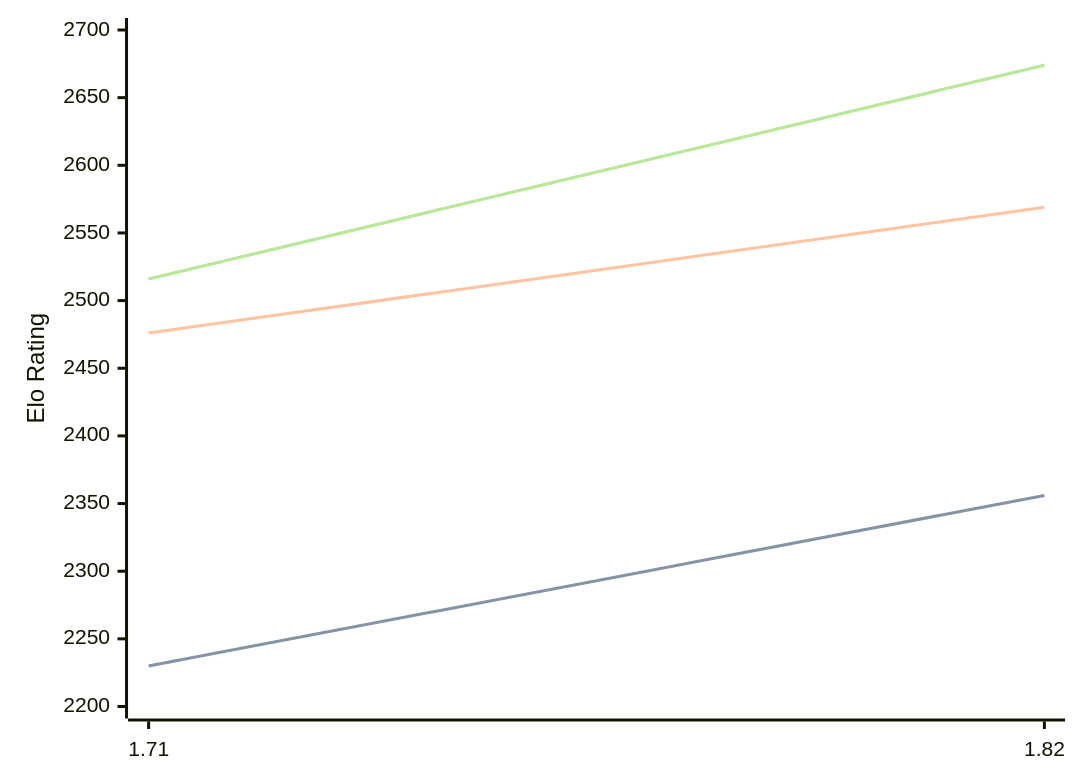
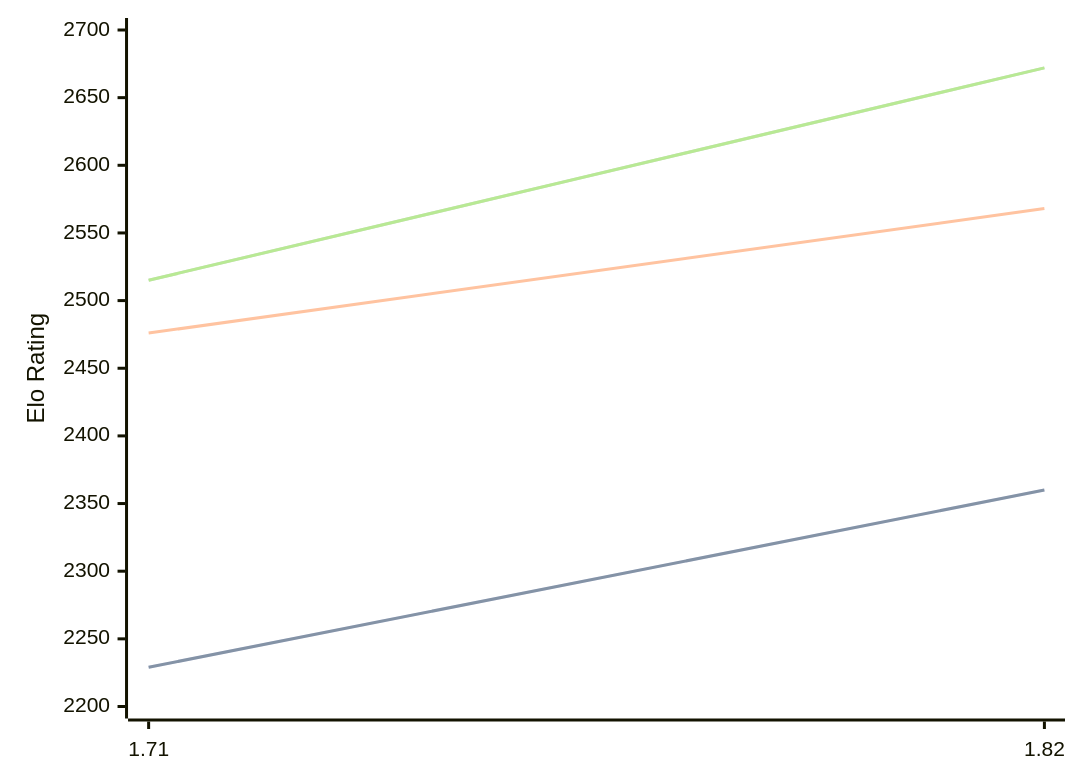
The diagram in engines/Amira.md (computer-chess-index/cci), drawn with Mermaid before and after one commit. The commit also changed other lines of this file, not shown here.

Commit message:
Update CCI Ratings (ELO VLTC) - 2026-03-15

````diff
--- a/engines/Amira.md
+++ b/engines/Amira.md
@@ -33,11 +33,11 @@
 ```mermaid
 %%{init: {"theme":"base","themeVariables":{"seriesColors:['#a3a3a3','#222221','#faa371']}}}%%
 xychart-beta
   x-axis ["1.71", "1.82"]
   y-axis "Elo Rating" 2200 --> 2700
-  line "STC (8.0+0.08s)" [2230, 2356]
-  line "STC (8.0+0.08s)" [2230, 2356]
-  line "LTC (60.0+0.60s)" [2476, 2569]
-  line "VLTC (2m24s+1.12s)" [2516, 2674]
-  line "VLTC (2m24s+1.12s)" [2516, 2674]
+  line "STC (8.0+0.08s)" [2229, 2360]
+  line "STC (8.0+0.08s)" [2229, 2360]
+  line "LTC (60.0+0.60s)" [2476, 2568]
+  line "VLTC (2m24s+1.12s)" [2515, 2672]
+  line "VLTC (2m24s+1.12s)" [2515, 2672]
 ```
````
